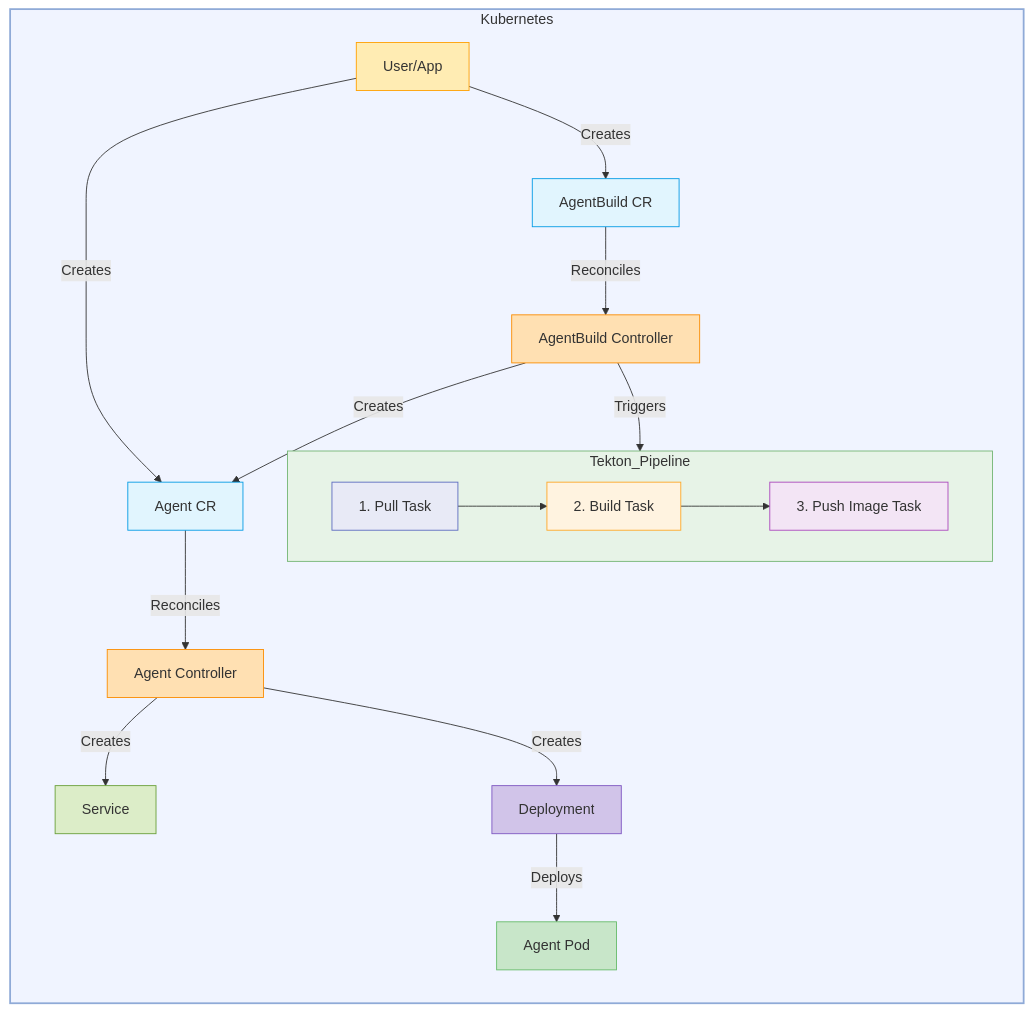
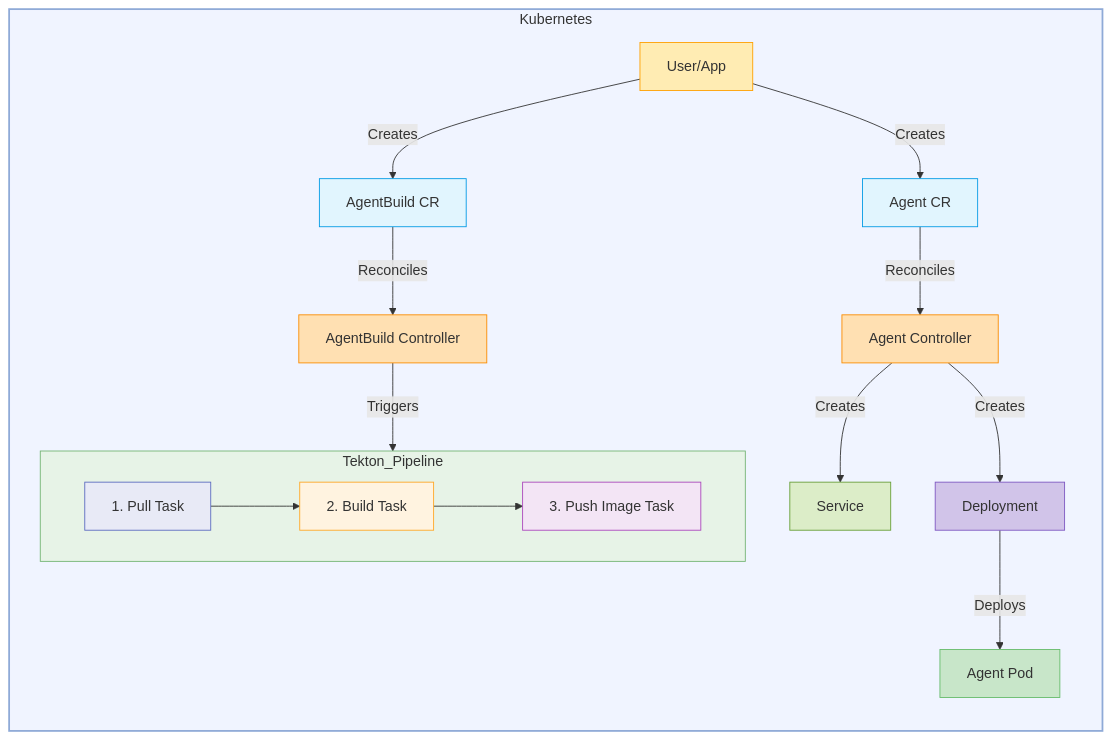
One commit to mrsabath/kagenti-operator changed the diagram in kagenti-operator/README.md. Above: the diagram before and after it, drawn with Mermaid. The commit also changed 1 other file, not shown here.

Commit message:
update operator architecture diagram

````diff
--- a/kagenti-operator/README.md
+++ b/kagenti-operator/README.md
@@ -6,58 +6,58 @@
 ```mermaid
 graph TD;
     subgraph Kubernetes
         direction TB
         style Kubernetes fill:#f0f4ff,stroke:#8faad7,stroke-width:2px
         
         User[User/App]
         style User fill:#ffecb3,stroke:#ffa000
         
         AgentCRD["Agent CR"] 
         style AgentCRD fill:#e1f5fe,stroke:#039be5
         
         AgentBuildCRD["AgentBuild CR"]
         style AgentBuildCRD fill:#e1f5fe,stroke:#039be5
         
         User -->|Creates| AgentCRD
         User -->|Creates| AgentBuildCRD
         
         AgentController[Agent Controller] 
         style AgentController fill:#ffe0b2,stroke:#fb8c00
         
         AgentBuildController[AgentBuild Controller]
         style AgentBuildController fill:#ffe0b2,stroke:#fb8c00
         
         Service_Service[Service]
         style Service_Service fill:#dcedc8,stroke:#689f38
         
         Deployment_Deployment[Deployment]
         style Deployment_Deployment fill:#d1c4e9,stroke:#7e57c2
         
         AgentPod[Agent Pod]
         style AgentPod fill:#c8e6c9,stroke:#66bb6a
         
         AgentCRD -->|Reconciles| AgentController
         AgentBuildCRD -->|Reconciles| AgentBuildController
         
         AgentController --> |Creates| Service_Service
         AgentController --> |Creates| Deployment_Deployment
         
         Deployment_Deployment --> |Deploys| AgentPod
         
         subgraph Tekton_Pipeline
             direction LR
             style Tekton_Pipeline fill:#e7f3e7,stroke:#73b473,stroke-width:1px
             
             Pull[1. Pull Task]
             style Pull fill:#e8eaf6,stroke:#5c6bc0
             Build[2. Build Task]
             style Build fill:#fff3e0,stroke:#ffa726
             Push[3. Push Image Task]
             style Push fill:#f3e5f5,stroke:#ab47bc
             Pull --> Build --> Push
         end
         
         AgentBuildController -->|Triggers| Tekton_Pipeline
-        AgentBuildController -->|Creates| AgentCRD
+    
     end
 ```    
````
